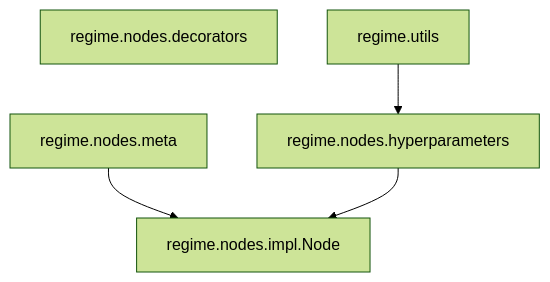
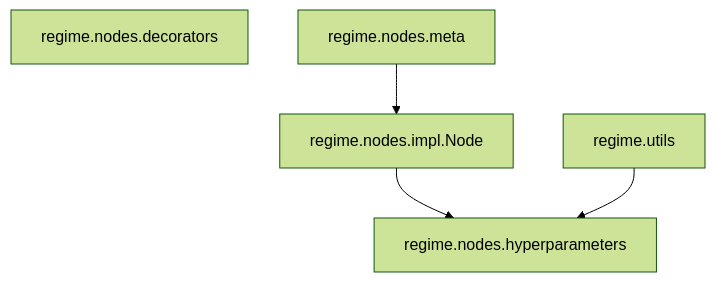
One commit to johnHostetter/regime changed the first of 2 diagrams in README.md. Above: the diagram before and after it, drawn with Mermaid (forest theme). The commit also changed 1 other file, not shown here.

Commit message:
Update node diagram

````diff
--- a/README.md
+++ b/README.md
@@ -54,7 +54,7 @@
 ```mermaid
 graph TD;
     regime.nodes.decorators;
     regime.nodes.meta --> regime.nodes.impl.Node;
+    regime.nodes.impl.Node --> regime.nodes.hyperparameters;
     regime.utils --> regime.nodes.hyperparameters;
-    regime.nodes.hyperparameters --> regime.nodes.impl.Node;
 ```
````
